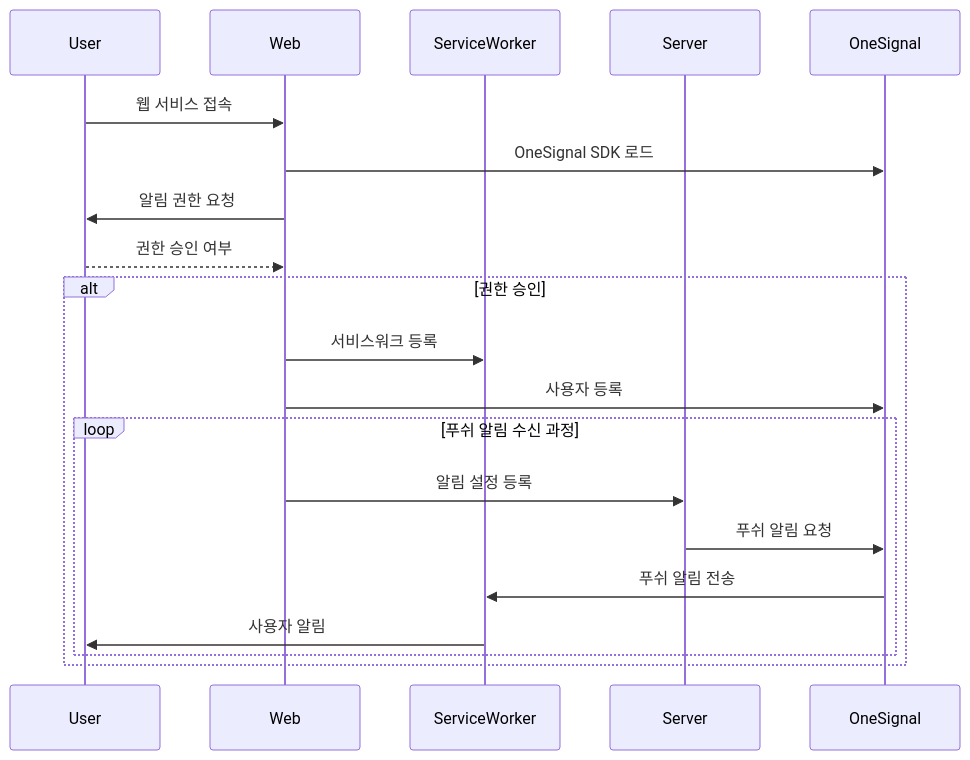
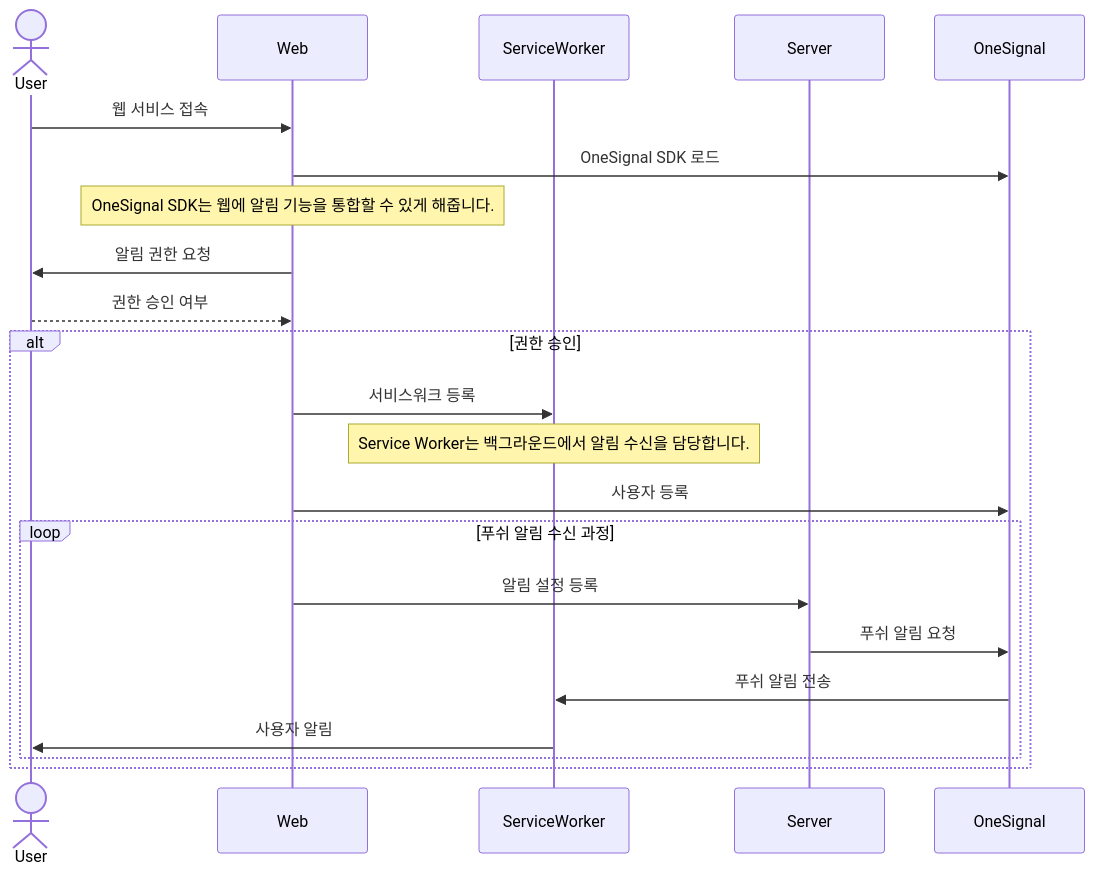
Before and after one commit to Daily1Hour/PickMe-Reminder-Parcel: the diagram in README.md, drawn with Mermaid. The commit also changed other lines of this file, not shown here.

````diff
--- a/README.md
+++ b/README.md
@@ -18,27 +36,30 @@
 ```mermaid
-
 sequenceDiagram
-    participant User
+    actor User
     participant Web
     participant ServiceWorker
     participant Server
     participant OneSignal
 
     User->>Web: 웹 서비스 접속
     Web->>OneSignal: OneSignal SDK 로드
+    note over Web: OneSignal SDK는 웹에 알림 기능을 통합할 수 있게 해줍니다.
+
     Web->>User: 알림 권한 요청
     User-->>Web: 권한 승인 여부
 
     alt 권한 승인
 
         Web->>ServiceWorker: 서비스워크 등록
+        note over ServiceWorker: Service Worker는 백그라운드에서 알림 수신을 담당합니다.
+
         Web->>OneSignal: 사용자 등록
 
         loop 푸쉬 알림 수신 과정
             Web->>Server: 알림 설정 등록
             Server->>OneSignal: 푸쉬 알림 요청
             OneSignal->>ServiceWorker: 푸쉬 알림 전송
             ServiceWorker->>User: 사용자 알림
         end
     end
 ```
````
